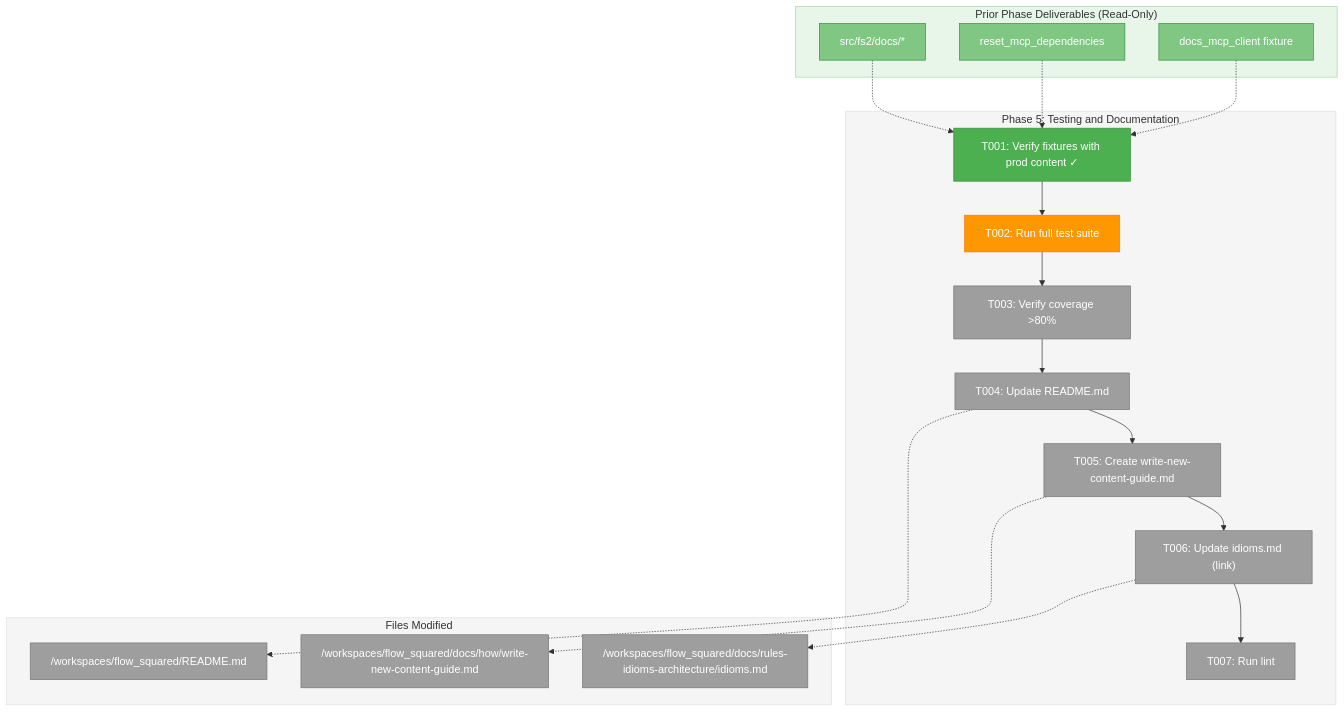
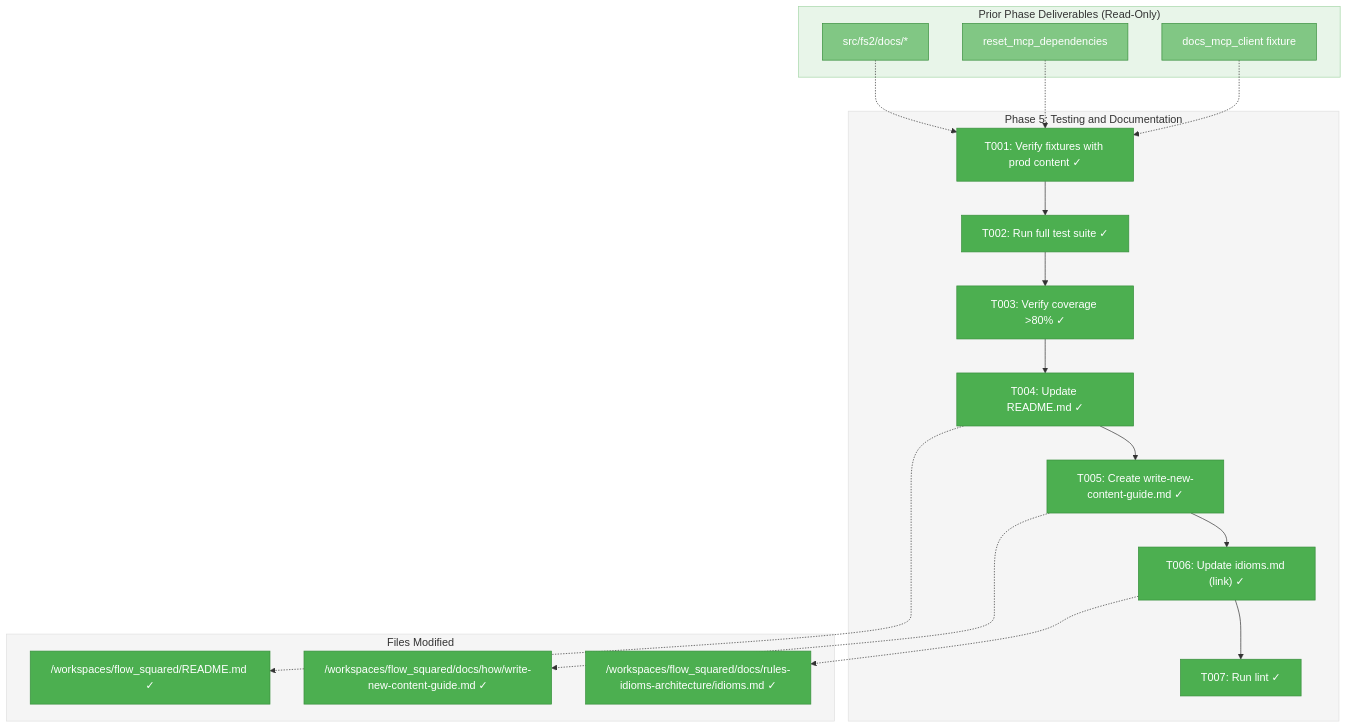
Before and after one commit to AI-Substrate/flow_squared: the first of 3 diagrams in docs/plans/014-mcp-doco/tasks/phase-5-testing-and-documentation/tasks.md, drawn with Mermaid. The commit also changed other lines of this file and 60 other files, not shown here.

````diff
--- a/docs/plans/014-mcp-doco/tasks/phase-5-testing-and-documentation/tasks.md
+++ b/docs/plans/014-mcp-doco/tasks/phase-5-testing-and-documentation/tasks.md
@@ -73,48 +73,48 @@
 ```mermaid
 flowchart TD
     classDef pending fill:#9E9E9E,stroke:#757575,color:#fff
     classDef inprogress fill:#FF9800,stroke:#F57C00,color:#fff
     classDef completed fill:#4CAF50,stroke:#388E3C,color:#fff
     classDef blocked fill:#F44336,stroke:#D32F2F,color:#fff
     classDef prior fill:#81C784,stroke:#388E3C,color:#fff
 
     style Phase fill:#F5F5F5,stroke:#E0E0E0
     style Files fill:#F5F5F5,stroke:#E0E0E0
     style Prior fill:#E8F5E9,stroke:#A5D6A7
 
     subgraph Prior["Prior Phase Deliverables (Read-Only)"]
         P3_FIXTURE["docs_mcp_client fixture"]:::prior
         P3_RESET["reset_mcp_dependencies"]:::prior
         P4_DOCS["src/fs2/docs/*"]:::prior
     end
 
     subgraph Phase["Phase 5: Testing and Documentation"]
         T001["T001: Verify fixtures with prod content ✓"]:::completed
-        T002["T002: Run full test suite"]:::inprogress
-        T003["T003: Verify coverage >80%"]:::pending
-        T004["T004: Update README.md"]:::pending
-        T005["T005: Create write-new-content-guide.md"]:::pending
-        T006["T006: Update idioms.md (link)"]:::pending
-        T007["T007: Run lint"]:::pending
+        T002["T002: Run full test suite ✓"]:::completed
+        T003["T003: Verify coverage >80% ✓"]:::completed
+        T004["T004: Update README.md ✓"]:::completed
+        T005["T005: Create write-new-content-guide.md ✓"]:::completed
+        T006["T006: Update idioms.md (link) ✓"]:::completed
+        T007["T007: Run lint ✓"]:::completed
 
         T001 --> T002
         T002 --> T003
         T003 --> T004
         T004 --> T005
         T005 --> T006
         T006 --> T007
     end
 
     subgraph Files["Files Modified"]
-        F1["/workspaces/flow_squared/README.md"]:::pending
-        F2["/workspaces/flow_squared/docs/how/write-new-content-guide.md"]:::pending
-        F3["/workspaces/flow_squared/docs/rules-idioms-architecture/idioms.md"]:::pending
+        F1["/workspaces/flow_squared/README.md ✓"]:::completed
+        F2["/workspaces/flow_squared/docs/how/write-new-content-guide.md ✓"]:::completed
+        F3["/workspaces/flow_squared/docs/rules-idioms-architecture/idioms.md ✓"]:::completed
     end
 
     P3_FIXTURE -.-> T001
     P3_RESET -.-> T001
     P4_DOCS -.-> T001
     T004 -.-> F1
     T005 -.-> F2
     T006 -.-> F3
 ```
````
